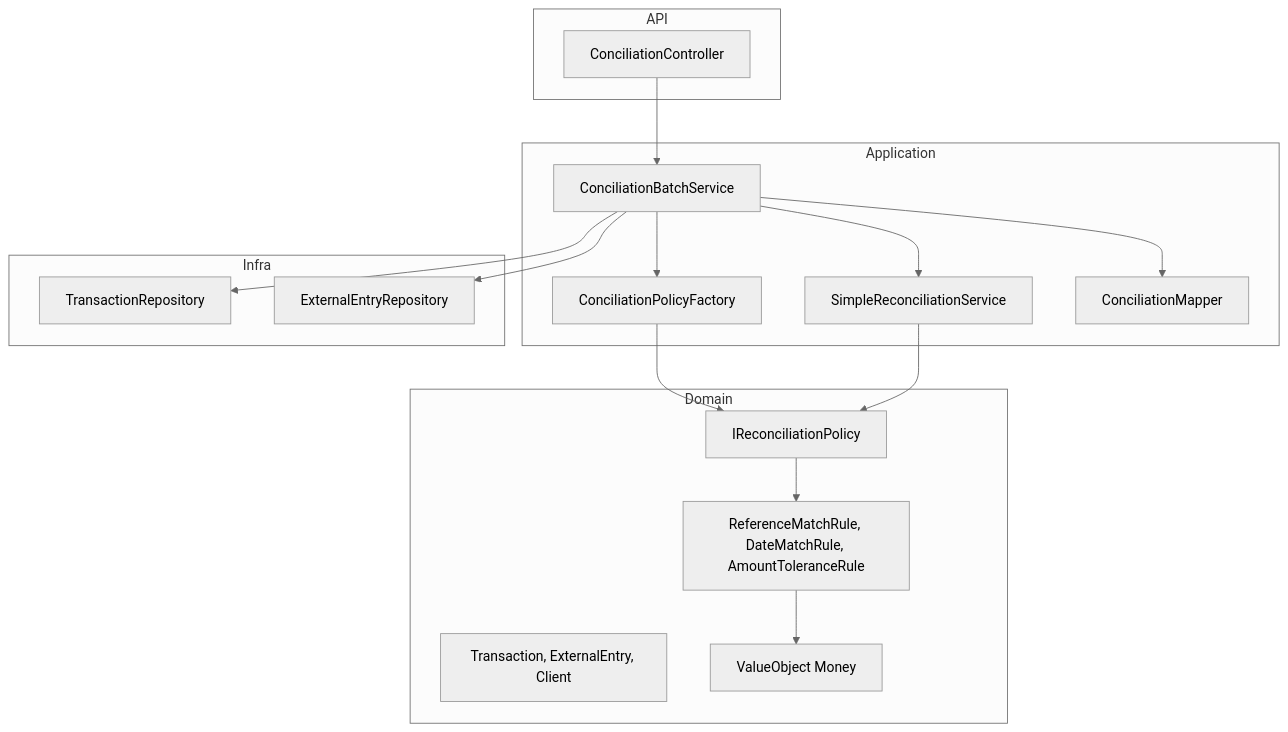
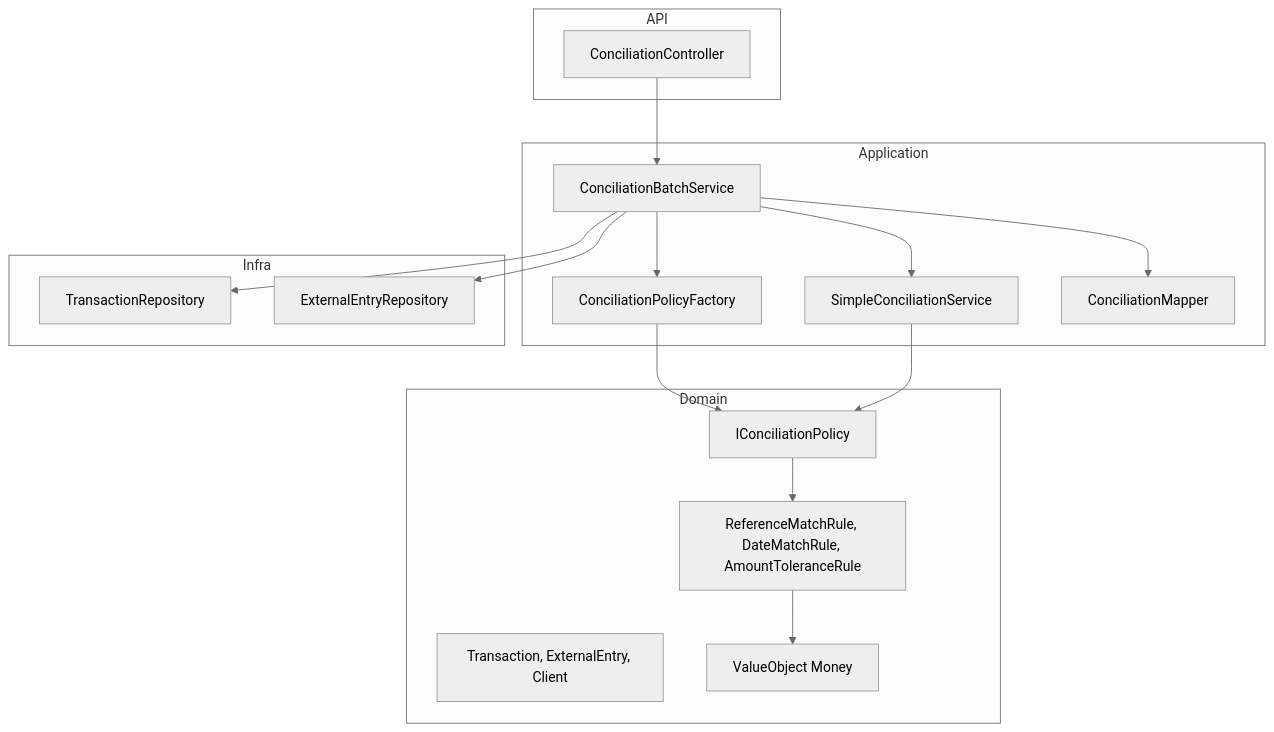
The third of 3 diagrams in docs/ARQUITETURA-E-FLUXO-CONCILIACAO.md (awernek/Conciliacao), drawn with Mermaid (neutral theme) before and after one commit. The commit also changed other lines of this file and 22 other files, not shown here.

````diff
--- a/docs/ARQUITETURA-E-FLUXO-CONCILIACAO.md
+++ b/docs/ARQUITETURA-E-FLUXO-CONCILIACAO.md
@@ -350,36 +344,36 @@
 ```mermaid
 flowchart TB
     subgraph API
         Controller[ConciliationController]
     end
 
     subgraph Application
         AppService[ConciliationBatchService]
-        BatchService[SimpleReconciliationService]
+        BatchService[SimpleConciliationService]
         Factory[ConciliationPolicyFactory]
         Mapper[ConciliationMapper]
     end
 
     subgraph Domain
-        Policy[IReconciliationPolicy]
+        Policy[IConciliationPolicy]
         Entities[Transaction, ExternalEntry, Client]
         Rules[ReferenceMatchRule, DateMatchRule, AmountToleranceRule]
         Money[ValueObject Money]
     end
 
     subgraph Infra
         TxRepo[TransactionRepository]
         ExtRepo[ExternalEntryRepository]
     end
 
     Controller --> AppService
     AppService --> BatchService
     AppService --> Factory
     AppService --> Mapper
     AppService --> TxRepo
     AppService --> ExtRepo
     Factory --> Policy
     BatchService --> Policy
     Policy --> Rules
     Rules --> Money
 ```
````
